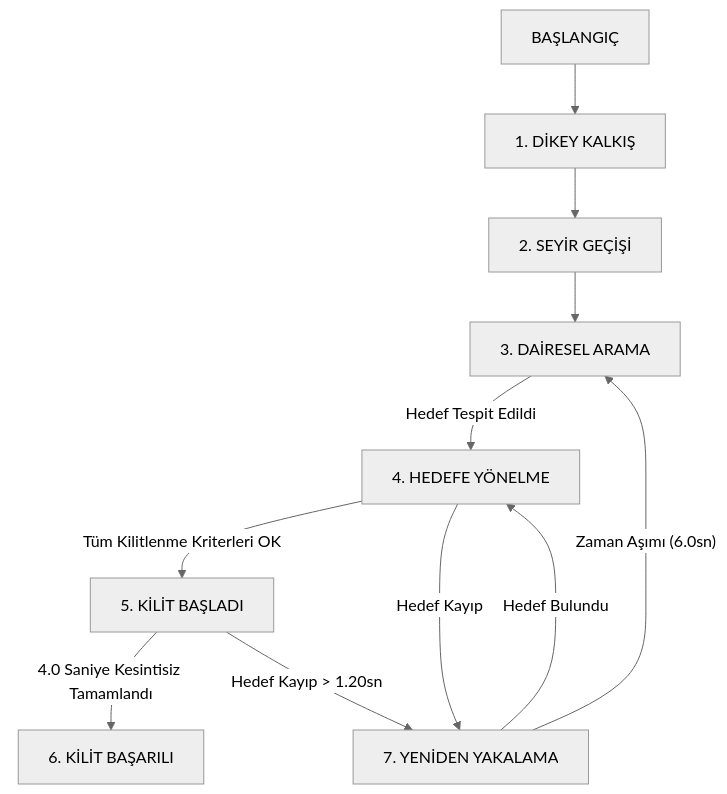
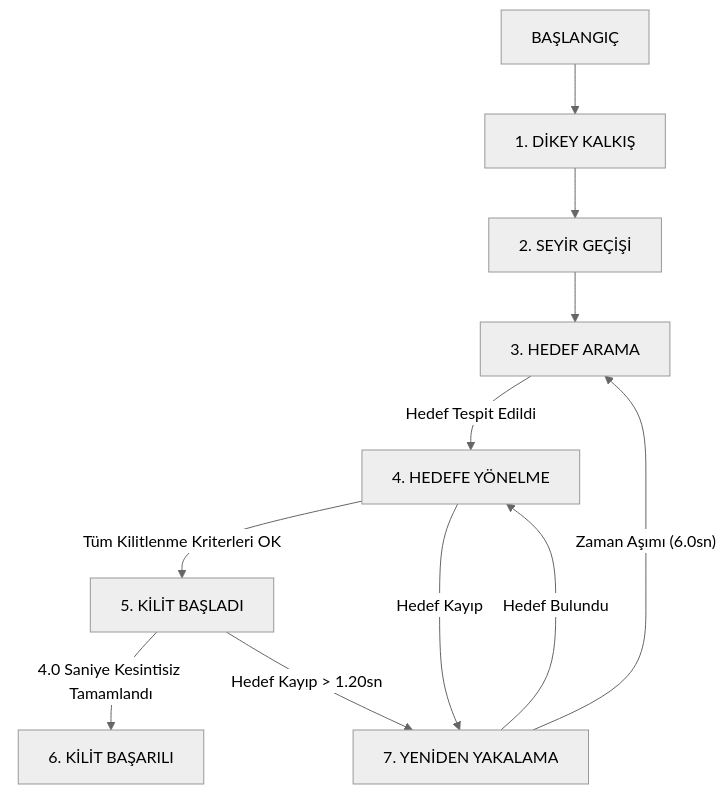
Before and after one commit to koesan/Teknofest_Savasan_IHA: the first of 2 diagrams in README.md, drawn with Mermaid (neutral theme).

````diff
--- a/README.md
+++ b/README.md
@@ -81,13 +81,13 @@
 ```mermaid
 graph TD
     BOOT[BAŞLANGIÇ] --> TAKEOFF[1. DİKEY KALKIŞ]
     TAKEOFF --> TRANSITION[2. SEYİR GEÇİŞİ]
-    TRANSITION --> SEARCH[3. DAİRESEL ARAMA]
+    TRANSITION --> SEARCH[3. HEDEF ARAMA]
     SEARCH -- "Hedef Tespit Edildi" --> INTERCEPT[4. HEDEFE YÖNELME]
     INTERCEPT -- "Tüm Kilitlenme Kriterleri OK" --> LOCK_HOLD[5. KİLİT BAŞLADI]
     LOCK_HOLD -- "4.0 Saniye Kesintisiz Tamamlandı" --> LOCK_SUCCESS[6. KİLİT BAŞARILI]
     INTERCEPT -- "Hedef Kayıp" --> REACQUIRE[7. YENİDEN YAKALAMA]
     LOCK_HOLD -- "Hedef Kayıp > 1.20sn" --> REACQUIRE
     REACQUIRE -- "Hedef Bulundu" --> INTERCEPT
     REACQUIRE -- "Zaman Aşımı (6.0sn)" --> SEARCH
 ```
````
